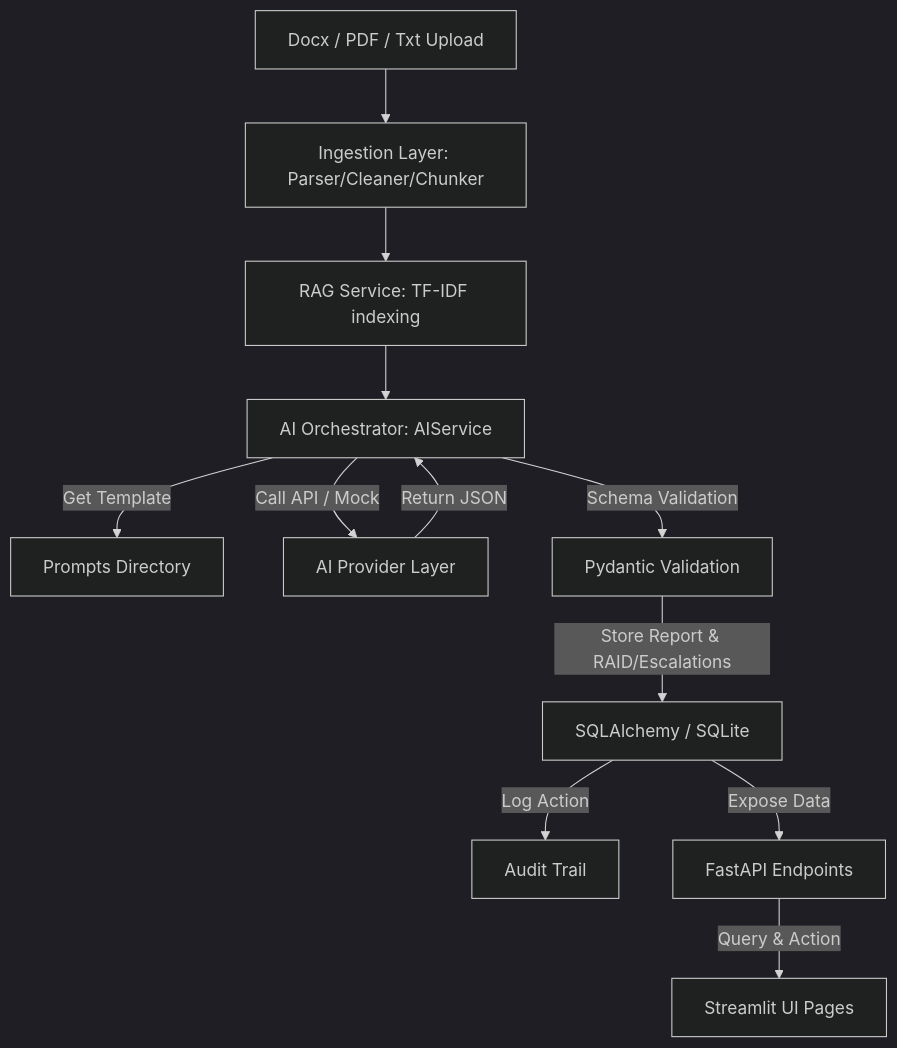
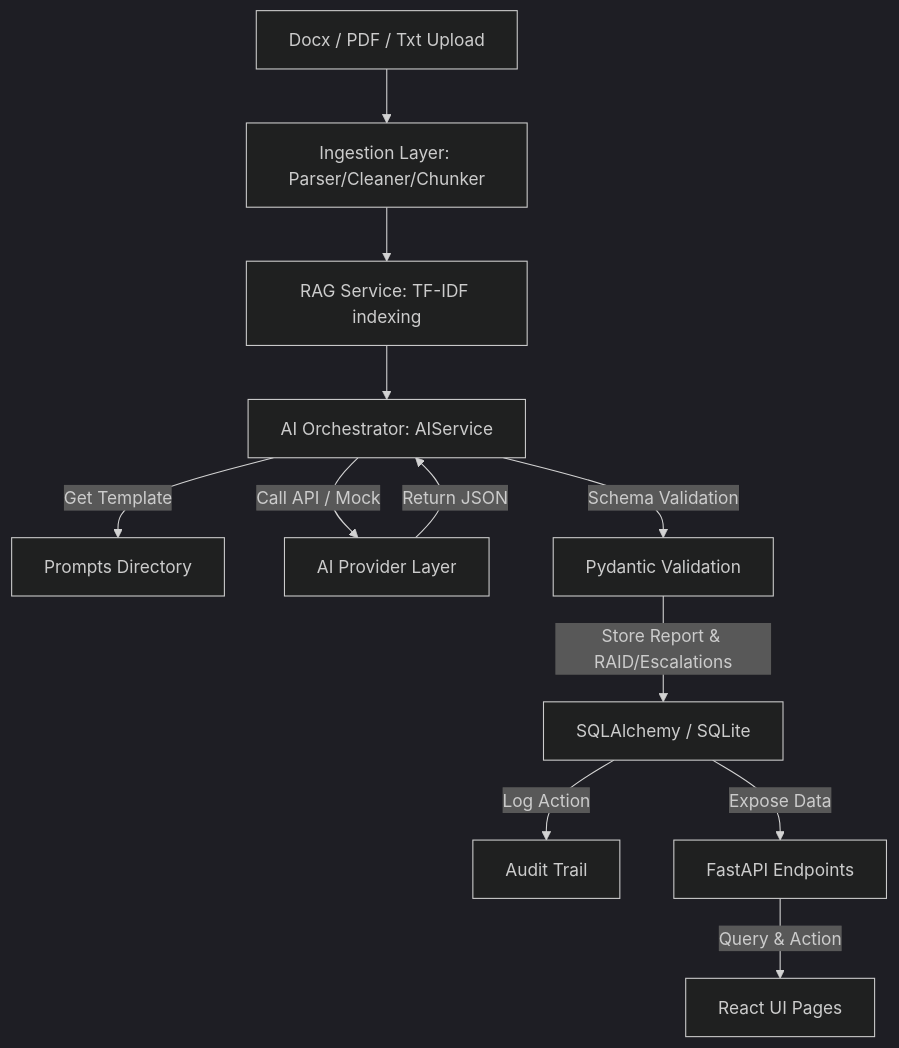
The diagram in docs/architecture/architecture_overview.md (Sujalm18/Enterprise-Governance-Intelligence-Platform), drawn with Mermaid (dark theme) before and after one commit. The commit also changed other lines of this file and 86 other files, not shown here.

````diff
--- a/docs/architecture/architecture_overview.md
+++ b/docs/architecture/architecture_overview.md
@@ -11,14 +11,14 @@
 ```mermaid
 graph TD
     A[Docx / PDF / Txt Upload] --> B[Ingestion Layer: Parser/Cleaner/Chunker]
     B --> C[RAG Service: TF-IDF indexing]
     C --> D[AI Orchestrator: AIService]
     D -->|Get Template| E[Prompts Directory]
     D -->|Call API / Mock| F[AI Provider Layer]
     F -->|Return JSON| D
     D -->|Schema Validation| G[Pydantic Validation]
     G -->|Store Report & RAID/Escalations| H[SQLAlchemy / SQLite]
     H -->|Log Action| I[Audit Trail]
     H -->|Expose Data| J[FastAPI Endpoints]
-    J -->|Query & Action| K[Streamlit UI Pages]
+    J -->|Query & Action| K[React UI Pages]
 ```
````
